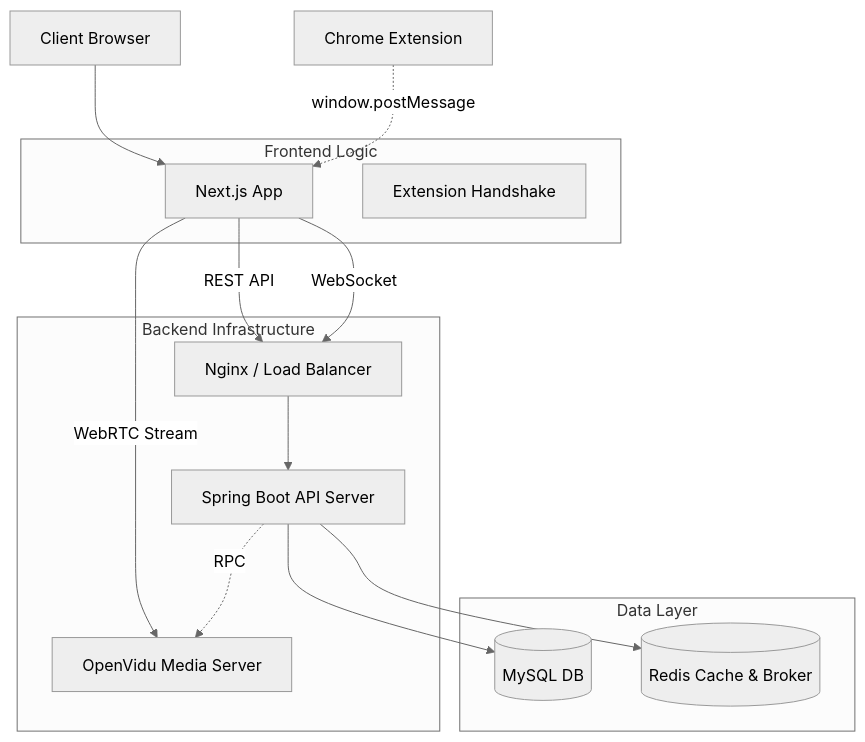
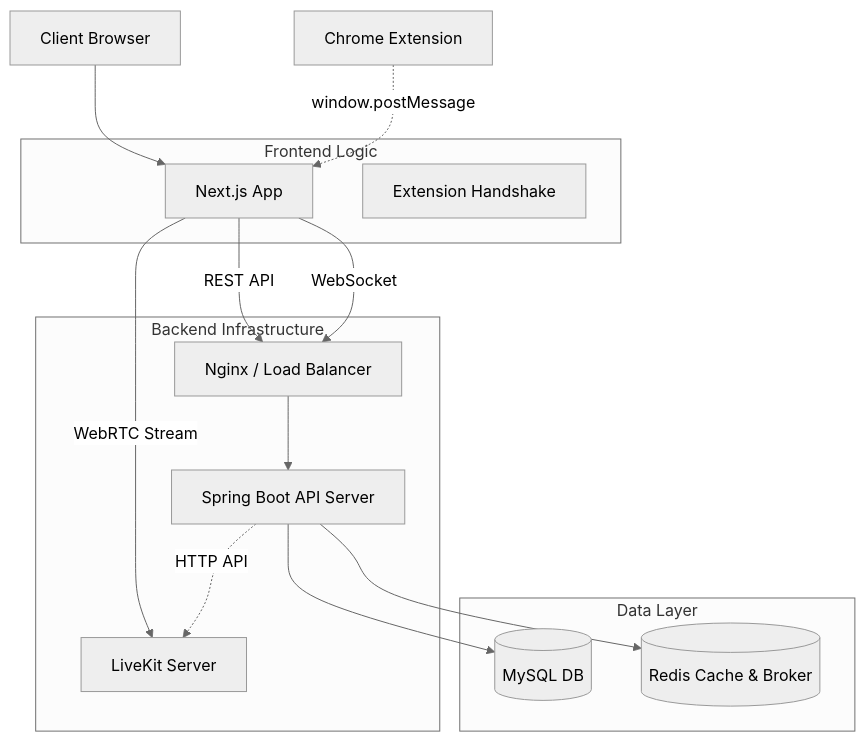
The diagram in docs/spec/architecture.md (Peek-a-chu/Peekle), drawn with Mermaid (neutral theme) before and after one commit. The commit also changed other lines of this file and 47 other files, not shown here.

````diff
--- a/docs/spec/architecture.md
+++ b/docs/spec/architecture.md
@@ -62,32 +62,32 @@
 ```mermaid
 graph TD
     Client[Client Browser]
     Ext[Chrome Extension]
     
     subgraph Frontend Logic
         Next[Next.js App]
         ExtHandler[Extension Handshake]
     end
 
     subgraph Backend Infrastructure
         LB[Nginx / Load Balancer]
         API[Spring Boot API Server]
-        Media[OpenVidu Media Server]
+        Media[LiveKit Server]
     end
 
     subgraph Data Layer
         MySQL[(MySQL DB)]
         Redis[(Redis Cache & Broker)]
     end
 
     Client --> Next
     Ext -.->|window.postMessage| Next
     Next -->|REST API| LB
     Next -->|WebSocket| LB
     Next -->|WebRTC Stream| Media
     
     LB --> API
     API --> MySQL
     API --> Redis
-    API -.->|RPC| Media
+    API -.->|HTTP API| Media
 ```
````
